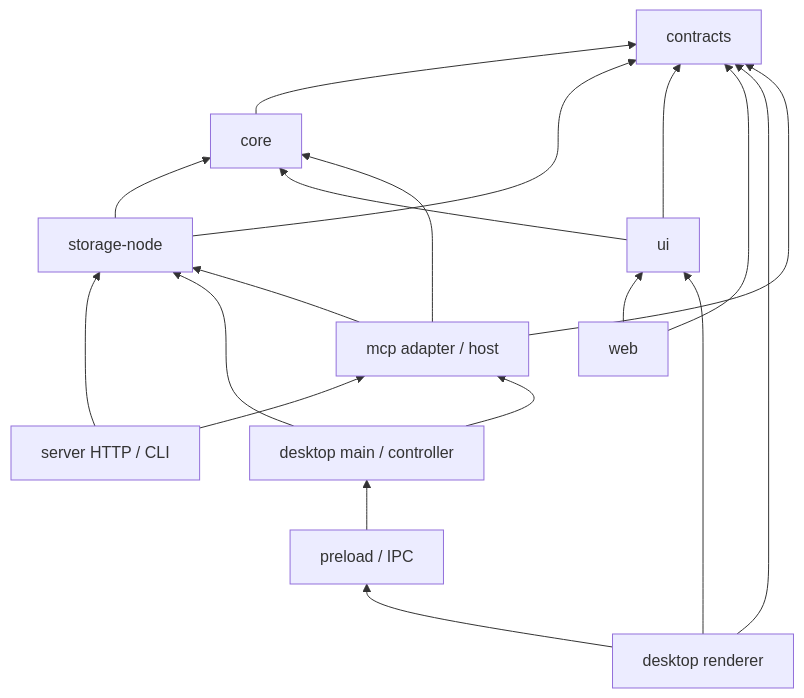
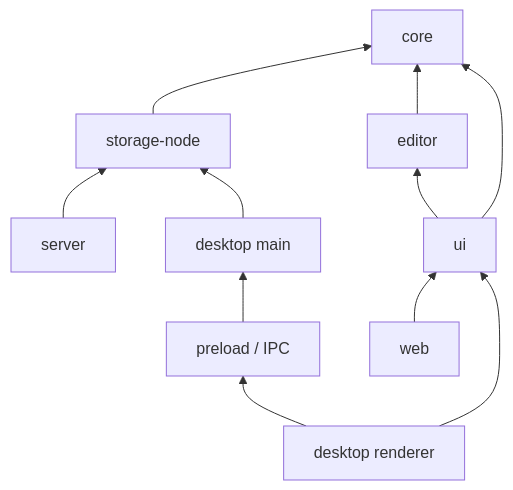
Before and after one commit to PoMPOmegrenadier9090/contextory: the diagram in docs/architecture.md, drawn with Mermaid. The commit also changed other lines of this file and 363 other files, not shown here.

````diff
--- a/docs/architecture.md
+++ b/docs/architecture.md
@@ -22,21 +19,13 @@
 ```mermaid
 flowchart BT
-  Core[core] --> Contracts[contracts]
-  Storage[storage-node] --> Core
-  Storage --> Contracts
-  UI[ui] --> Core
-  UI --> Contracts
-  Server[server HTTP / CLI] --> Storage
+  Storage[storage-node] --> Core[core]
+  Editor[editor] --> Core
+  UI[ui] --> Editor
+  UI --> Core
+  Server[server] --> Storage
   Web[web] --> UI
-  Web --> Contracts
-  Main[desktop main / controller] --> Storage
+  Main[desktop main] --> Storage
   Renderer[desktop renderer] --> UI
-  Renderer --> Contracts
   Renderer --> IPC[preload / IPC]
   IPC --> Main
-  MCP[mcp adapter / host] --> Storage
-  MCP --> Core
-  MCP --> Contracts
-  Server --> MCP
-  Main --> MCP
 ```
````
